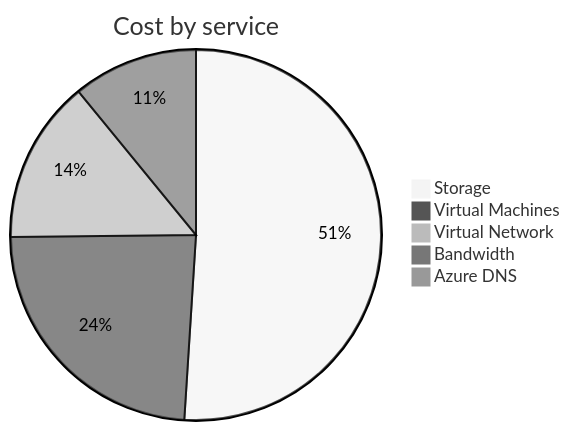
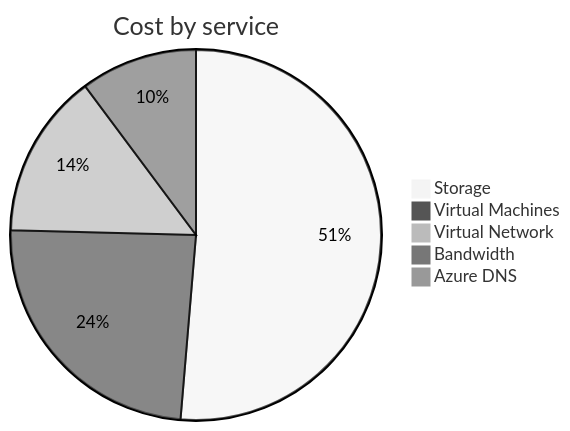
Before and after one commit to jpfulton/azure-personal-reports: the second of 4 diagrams in cost-reports/personal-network/README.md, drawn with Mermaid (neutral theme). The commit also changed other lines of this file and 8 other files, not shown here.

````diff
--- a/cost-reports/personal-network/README.md
+++ b/cost-reports/personal-network/README.md
@@ -99,9 +99,9 @@
 ```mermaid
 pie
    title Cost by service
-   "Storage" : 12.66
-   "Virtual Machines" : 5.91
-   "Virtual Network" : 3.54
+   "Storage" : 13.65
+   "Virtual Machines" : 6.40
+   "Virtual Network" : 3.83
    "Bandwidth" : 2.71
-   "Azure DNS" : 0.24
+   "Azure DNS" : 0.26
 ```
````
